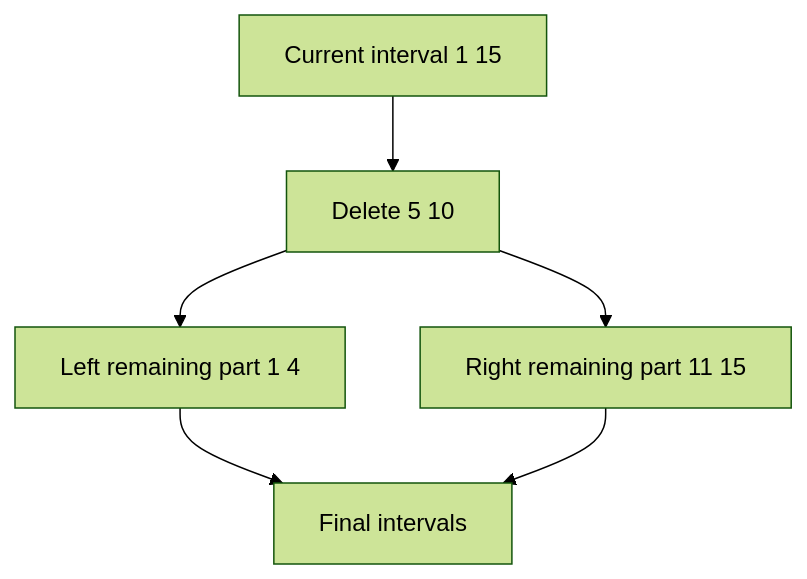
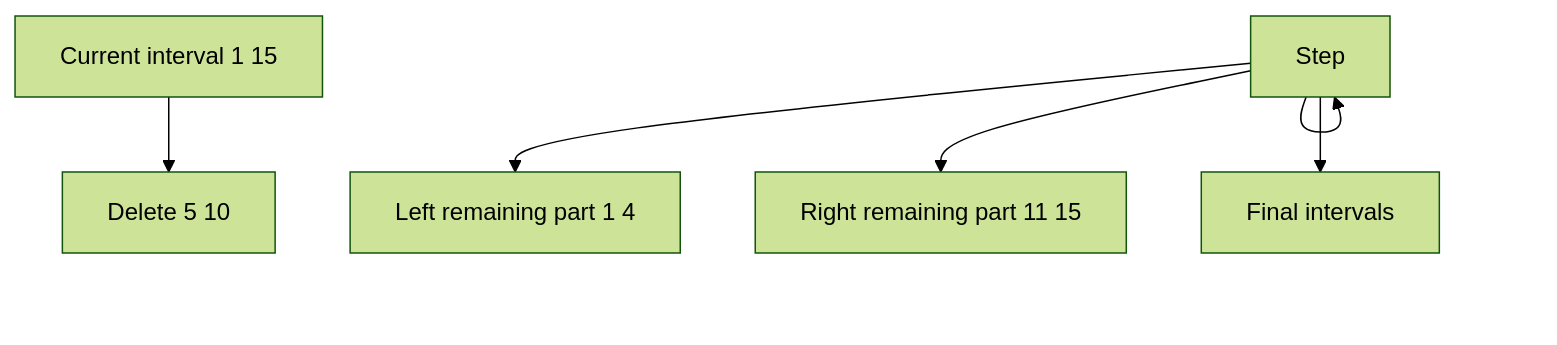
One commit to mthaiseer/springcloud-systemdesign-notes changed diagram 15 of 35 in CP_DSA_NOTES/001_TOPIC_WISE/001_STL_RANGE_QUERY_SWEEPLINE.md. Above: the diagram before and after it, drawn with Mermaid (forest theme). The commit also changed other lines of this file and 1 other file, not shown here.

````diff
--- a/CP_DSA_NOTES/001_TOPIC_WISE/001_STL_RANGE_QUERY_SWEEPLINE.md
+++ b/CP_DSA_NOTES/001_TOPIC_WISE/001_STL_RANGE_QUERY_SWEEPLINE.md
@@ -1051,8 +1051,8 @@
 ```mermaid
 flowchart TD
-    A["Current interval 1 15"] --> B["Delete 5 10"]
-    B --> C["Left remaining part 1 4"]
-    B --> D["Right remaining part 11 15"]
-    C --> E["Final intervals"]
-    D --> E
+    N1["Current interval 1 15"] --> N2["Delete 5 10"]
+    N3["Step"] --> N4["Left remaining part 1 4"]
+    N3["Step"] --> N5["Right remaining part 11 15"]
+    N3["Step"] --> N6["Final intervals"]
+    N3["Step"] --> N3["Step"]
 ```
````
